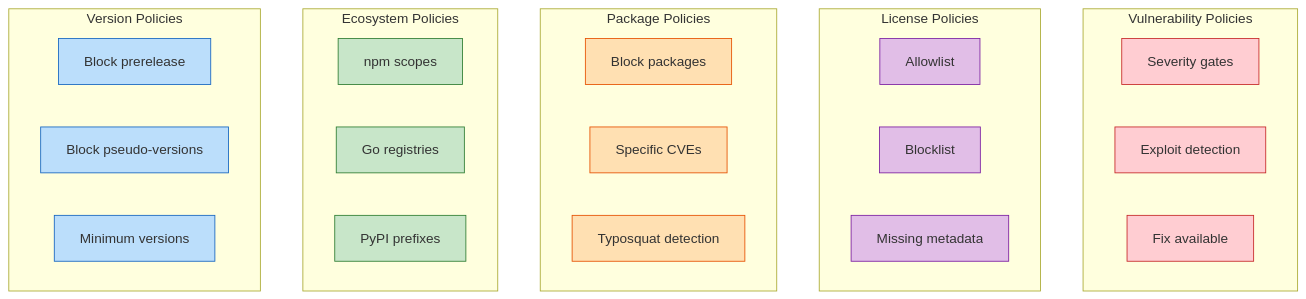
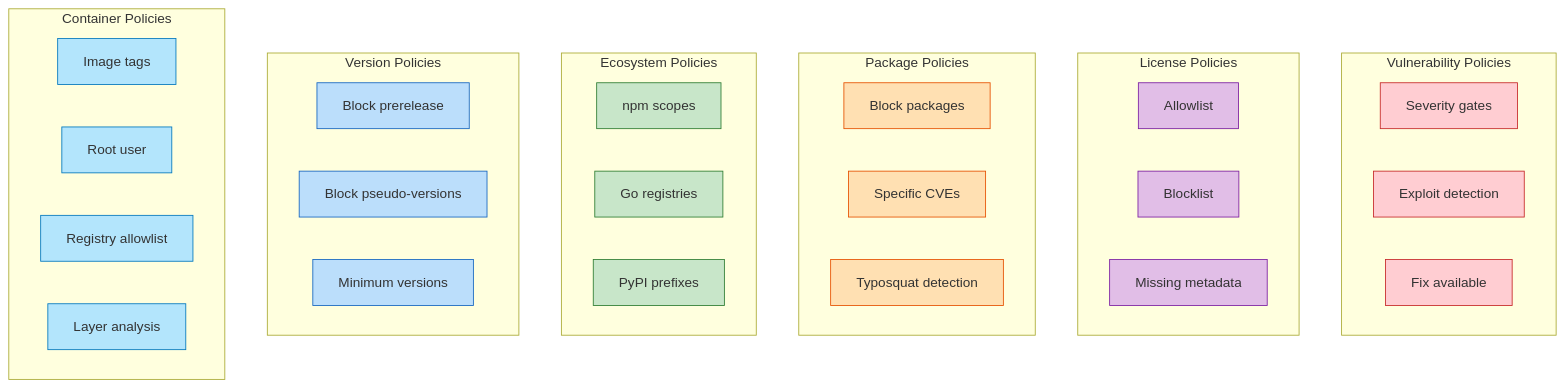
The first of 2 diagrams in docs/guides/policy-cookbook.md (temporalio/deputy), drawn with Mermaid before and after one commit. The commit also changed other lines of this file and 125 other files, not shown here.

````diff
--- a/docs/guides/policy-cookbook.md
+++ b/docs/guides/policy-cookbook.md
@@ -9,44 +9,53 @@
 ```mermaid
 flowchart TB
     subgraph Vuln["Vulnerability Policies"]
         Severity["Severity gates"]
         Exploit["Exploit detection"]
         FixAvail["Fix available"]
     end
 
     subgraph License["License Policies"]
         Allowlist["Allowlist"]
         Blocklist["Blocklist"]
         Missing["Missing metadata"]
     end
 
     subgraph Package["Package Policies"]
         Block["Block packages"]
         CVE["Specific CVEs"]
         Typo["Typosquat detection"]
     end
 
     subgraph Ecosystem["Ecosystem Policies"]
         Scope["npm scopes"]
         Registry["Go registries"]
         Prefix["PyPI prefixes"]
     end
 
     subgraph Version["Version Policies"]
         Prerelease["Block prerelease"]
         Pseudo["Block pseudo-versions"]
         MinVer["Minimum versions"]
     end
 
+    subgraph Container["Container Policies"]
+        ImgTag["Image tags"]
+        ImgRoot["Root user"]
+        ImgReg["Registry allowlist"]
+        ImgLayer["Layer analysis"]
+    end
+
     classDef vuln fill:#ffcdd2,stroke:#c62828
     classDef license fill:#e1bee7,stroke:#7b1fa2
     classDef package fill:#ffe0b2,stroke:#e65100
     classDef eco fill:#c8e6c9,stroke:#2e7d32
     classDef version fill:#bbdefb,stroke:#1565c0
+    classDef container fill:#b3e5fc,stroke:#0277bd
 
     class Severity,Exploit,FixAvail vuln
     class Allowlist,Blocklist,Missing license
     class Block,CVE,Typo package
     class Scope,Registry,Prefix eco
     class Prerelease,Pseudo,MinVer version
+    class ImgTag,ImgRoot,ImgReg,ImgLayer container
 ```
````
